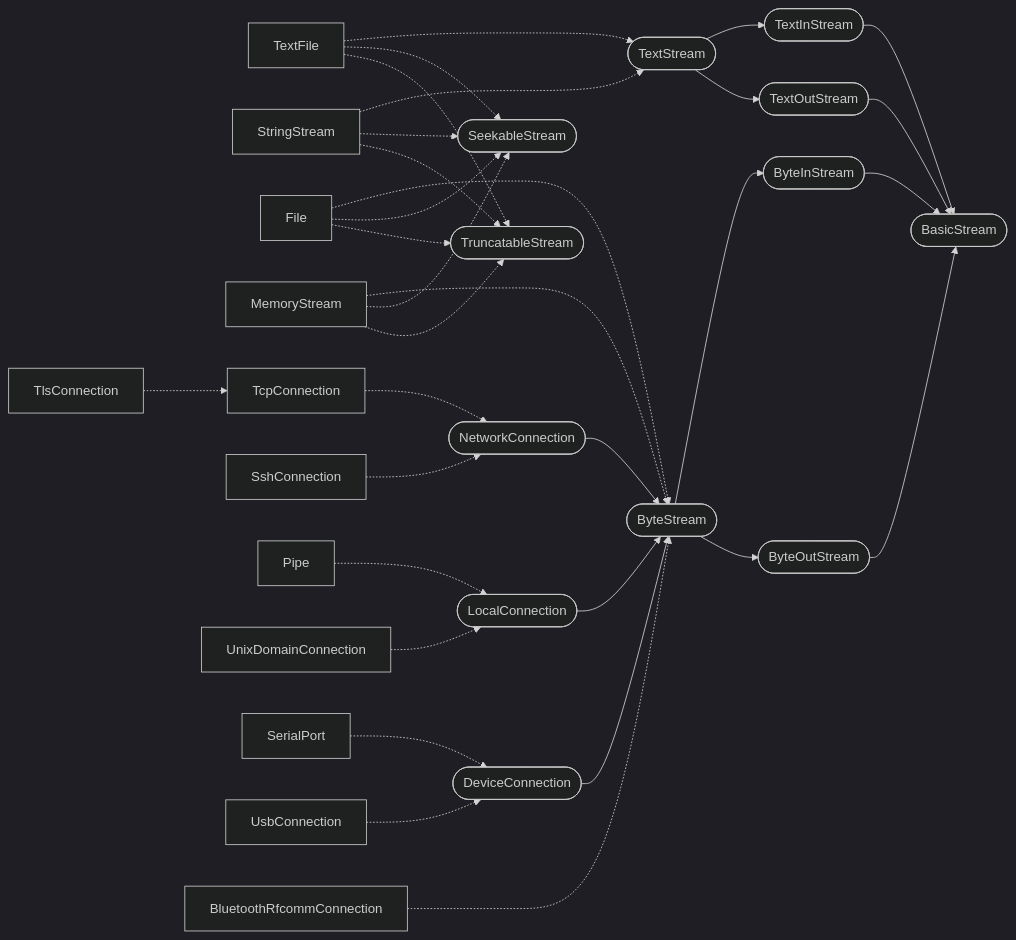
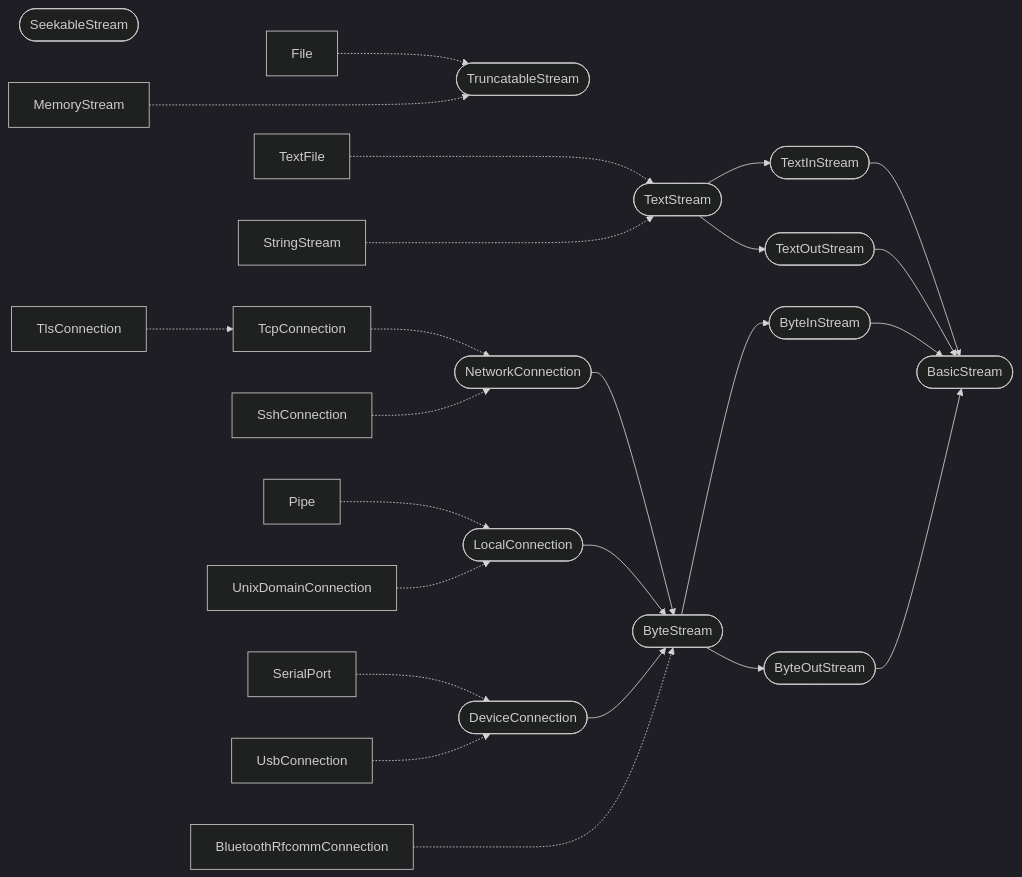
One commit to laro/Cilia changed the diagram in 2 Standard Lib/6 Stream, File & CLI.md. Above: the diagram before and after it, drawn with Mermaid (dark theme). The commit also changed other lines of this file, not shown here.

Commit message:
Refactor file interfaces and update documentation

````diff
--- a/2 Standard Lib/6 Stream, File & CLI.md
+++ b/2 Standard Lib/6 Stream, File & CLI.md
@@ -280,74 +280,66 @@
 ```mermaid
 flowchart LR
     BasicStream([BasicStream])
 
-    SeekableStream([SeekableStream])
-    TruncatableStream([TruncatableStream])
+    ReadableFile([SeekableStream])
+    WritableFile([TruncatableStream])
 
     TextStream([TextStream])
     TextInStream([TextInStream])
     TextOutStream([TextOutStream])
 
     TextFile[TextFile]
     StringStream[StringStream]
 
     ByteStream([ByteStream])
     ByteInStream([ByteInStream])
     ByteOutStream([ByteOutStream])
     
     File[File]
     MemoryStream[MemoryStream]
     NetworkConnection([NetworkConnection])
     TcpConnection[TcpConnection]
     TlsConnection[TlsConnection]
     SshConnection[SshConnection]
     LocalConnection([LocalConnection])
     Pipe[Pipe]
     UnixDomainConnection[UnixDomainConnection]
     DeviceConnection([DeviceConnection])
     SerialPort[SerialPort]
     UsbConnection[UsbConnection]
     BluetoothRfcommConnection[BluetoothRfcommConnection]
     
     TextFile -..-> TextStream
-    TextFile -.-> SeekableStream
-    TextFile -.-> TruncatableStream
     StringStream -..-> TextStream
-    StringStream -.-> SeekableStream
-    StringStream -.-> TruncatableStream
 
     TextStream --> TextInStream
     TextStream --> TextOutStream
 
     TextInStream --> BasicStream
     TextOutStream --> BasicStream
 
-    File -..-> ByteStream
-    File -.-> SeekableStream
-    File -.-> TruncatableStream
+    File -.-> WritableFile
 
-    MemoryStream -..-> ByteStream
-    MemoryStream -.-> SeekableStream
-    MemoryStream -.-> TruncatableStream
+    MemoryStream -..-> WritableFile
 
     NetworkConnection --> ByteStream
     LocalConnection --> ByteStream
     DeviceConnection --> ByteStream
     BluetoothRfcommConnection -..-> ByteStream
     
     TcpConnection -.-> NetworkConnection
     TlsConnection -.-> TcpConnection
     SshConnection -.-> NetworkConnection
     
     Pipe -.-> LocalConnection
     UnixDomainConnection -.-> LocalConnection
     
     SerialPort -.-> DeviceConnection
     UsbConnection -.-> DeviceConnection
     
     ByteStream --> ByteInStream
     ByteStream --> ByteOutStream
 
     ByteInStream --> BasicStream
     ByteOutStream --> BasicStream
 ```
````
